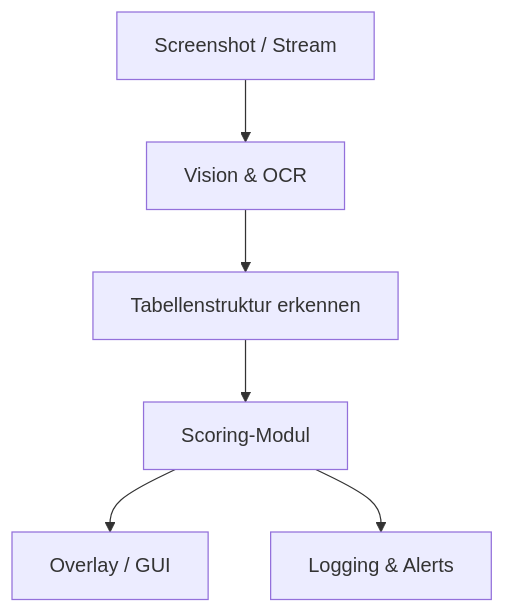
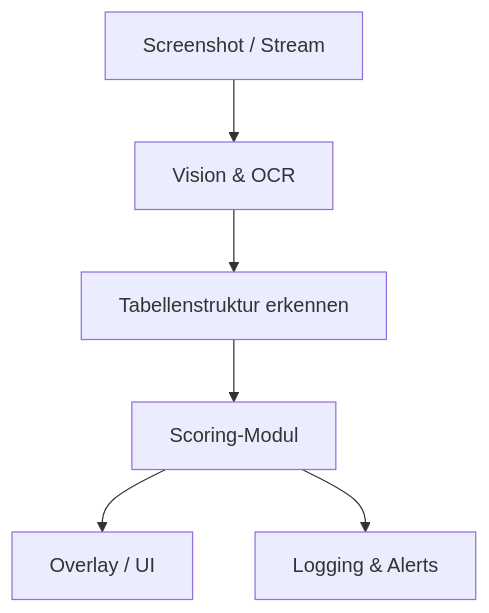
The diagram in docs/01_architekturuebersicht.md (blopp2/trading-scanner-ai), drawn with Mermaid before and after one commit. The commit also changed other lines of this file and 7 other files, not shown here.

````diff
--- a/docs/01_architekturuebersicht.md
+++ b/docs/01_architekturuebersicht.md
@@ -7,8 +9,8 @@
 ```mermaid
 flowchart TD
     A[Screenshot / Stream] --> B[Vision & OCR]
     B --> C[Tabellenstruktur erkennen]
     C --> D[Scoring-Modul]
-    D --> E[Overlay / GUI]
+    D --> E[Overlay / UI]
     D --> F[Logging & Alerts]
 ```
````
